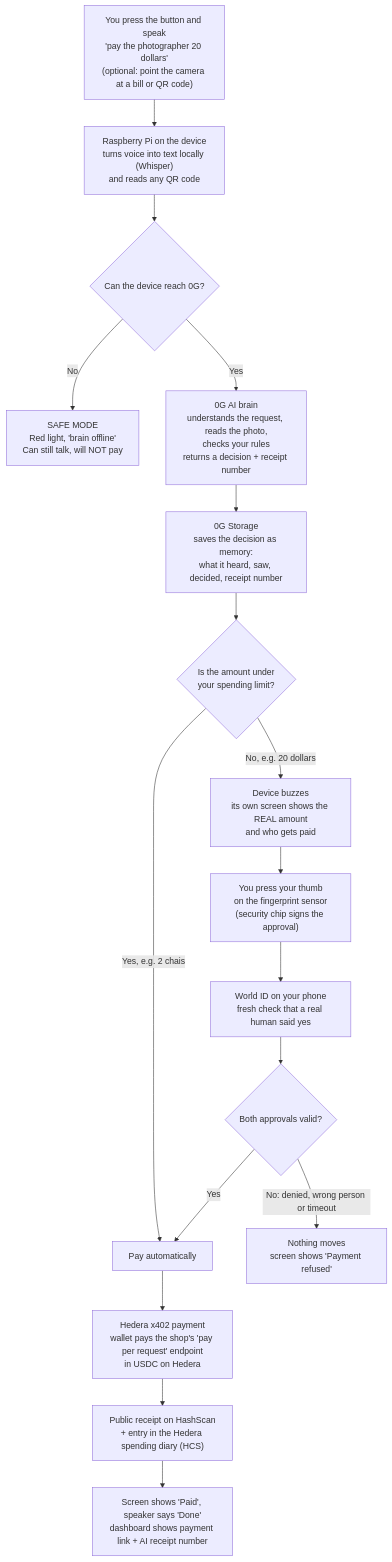
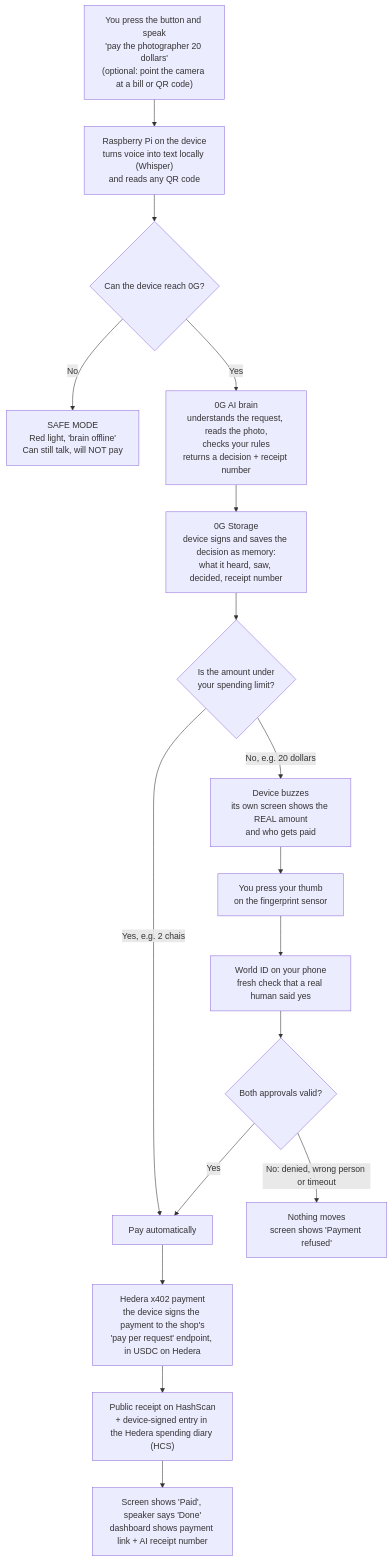
Before and after one commit to CodewMilan/Leash: the diagram in docs/workflow.md, drawn with Mermaid. The commit also changed 22 other files, not shown here.

Commit message:
Update .env.example and documentation for clarity on device roles and signing process. Improved descriptions for environment variables and refined workflow diagrams to emphasize the device's signing capabilities and decision-making process.

````diff
--- a/docs/workflow.md
+++ b/docs/workflow.md
@@ -3,19 +3,19 @@
 ```mermaid
 flowchart TD
     A["You press the button and speak<br/>'pay the photographer 20 dollars'<br/>(optional: point the camera at a bill or QR code)"] --> B["Raspberry Pi on the device<br/>turns voice into text locally (Whisper)<br/>and reads any QR code"]
     B --> C{"Can the device reach 0G?"}
     C -- "No" --> X["SAFE MODE<br/>Red light, 'brain offline'<br/>Can still talk, will NOT pay"]
     C -- "Yes" --> D["0G AI brain<br/>understands the request, reads the photo,<br/>checks your rules<br/>returns a decision + receipt number"]
-    D --> E["0G Storage<br/>saves the decision as memory:<br/>what it heard, saw, decided, receipt number"]
+    D --> E["0G Storage<br/>device signs and saves the decision as memory:<br/>what it heard, saw, decided, receipt number"]
     E --> F{"Is the amount under<br/>your spending limit?"}
     F -- "Yes, e.g. 2 chais" --> P["Pay automatically"]
     F -- "No, e.g. 20 dollars" --> G["Device buzzes<br/>its own screen shows the REAL amount<br/>and who gets paid"]
-    G --> H["You press your thumb<br/>on the fingerprint sensor<br/>(security chip signs the approval)"]
+    G --> H["You press your thumb<br/>on the fingerprint sensor"]
     H --> I["World ID on your phone<br/>fresh check that a real human said yes"]
     I --> J{"Both approvals valid?"}
     J -- "No: denied, wrong person or timeout" --> Y["Nothing moves<br/>screen shows 'Payment refused'"]
     J -- "Yes" --> P
-    P --> K["Hedera x402 payment<br/>wallet pays the shop's 'pay per request' endpoint<br/>in USDC on Hedera"]
-    K --> L["Public receipt on HashScan<br/>+ entry in the Hedera spending diary (HCS)"]
+    P --> K["Hedera x402 payment<br/>the device signs the payment to the shop's<br/>'pay per request' endpoint, in USDC on Hedera"]
+    K --> L["Public receipt on HashScan<br/>+ device-signed entry in the Hedera spending diary (HCS)"]
     L --> M["Screen shows 'Paid', speaker says 'Done'<br/>dashboard shows payment link + AI receipt number"]
 ```
````
